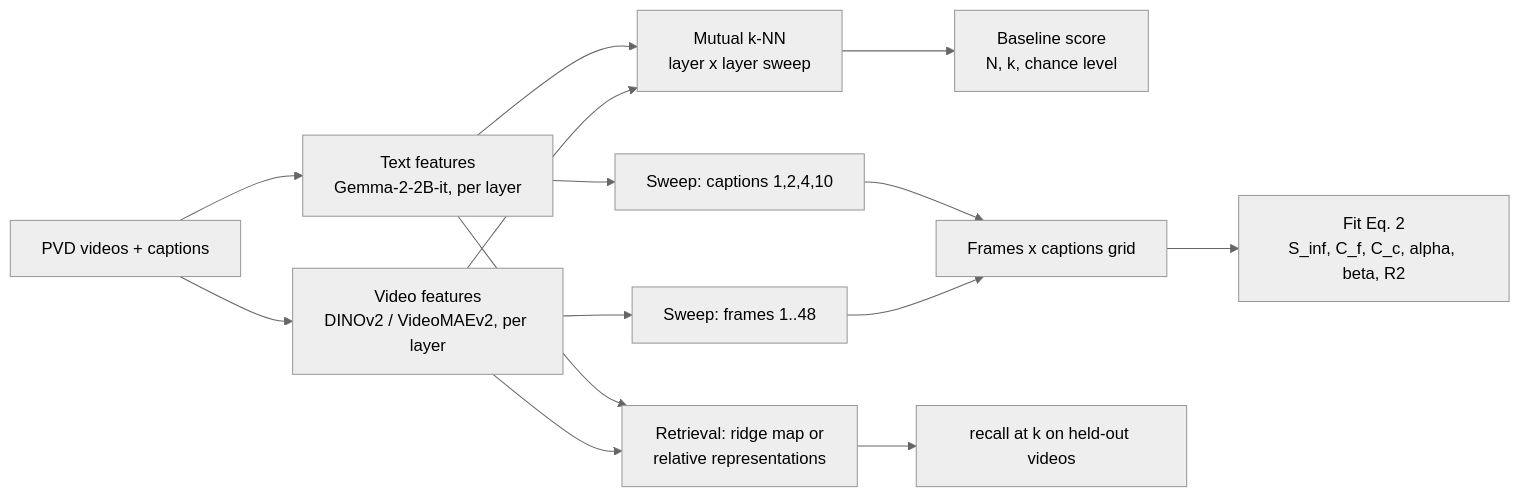
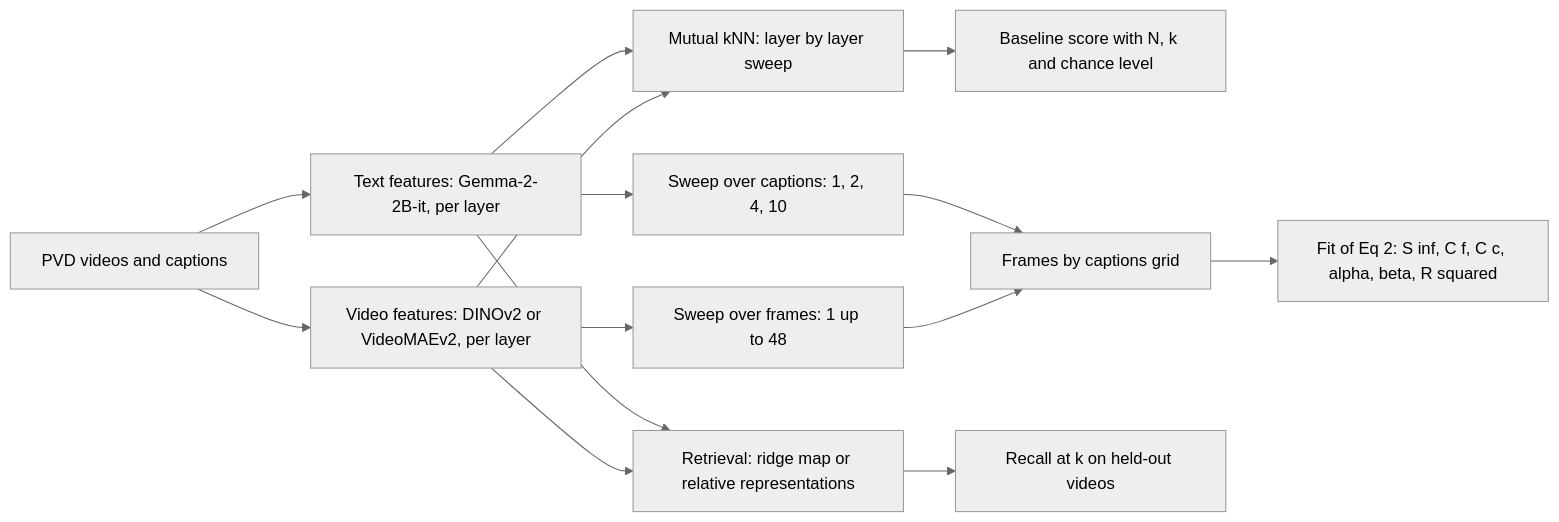
One commit to Rhytam23/dynamic-reflections-vtr changed the diagram in README.md. Above: the diagram before and after it, drawn with Mermaid (neutral theme).

Commit message:
README: make every Mermaid label quoted plain text
Avoids characters (@, +, <br/>, slashes, underscores) that some Mermaid
versions parse as syntax.

````diff
--- a/README.md
+++ b/README.md
@@ -45,16 +45,16 @@
 ```mermaid
 flowchart LR
-    A[PVD videos + captions] --> B[Text features<br/>Gemma-2-2B-it, per layer]
-    A --> C[Video features<br/>DINOv2 / VideoMAEv2, per layer]
-    B --> D[Mutual k-NN<br/>layer x layer sweep]
+    A["PVD videos and captions"] --> B["Text features: Gemma-2-2B-it, per layer"]
+    A --> C["Video features: DINOv2 or VideoMAEv2, per layer"]
+    B --> D["Mutual kNN: layer by layer sweep"]
     C --> D
-    D --> E[Baseline score<br/>N, k, chance level]
-    B --> F[Sweep: captions 1,2,4,10]
-    C --> G[Sweep: frames 1..48]
-    F --> H[Frames x captions grid]
+    D --> E["Baseline score with N, k and chance level"]
+    B --> F["Sweep over captions: 1, 2, 4, 10"]
+    C --> G["Sweep over frames: 1 up to 48"]
+    F --> H["Frames by captions grid"]
     G --> H
-    H --> I[Fit Eq. 2<br/>S_inf, C_f, C_c, alpha, beta, R2]
-    B --> J[Retrieval: ridge map or<br/>relative representations]
+    H --> I["Fit of Eq 2: S inf, C f, C c, alpha, beta, R squared"]
+    B --> J["Retrieval: ridge map or relative representations"]
     C --> J
-    J --> K["recall at k on held-out videos"]
+    J --> K["Recall at k on held-out videos"]
 ```
````
